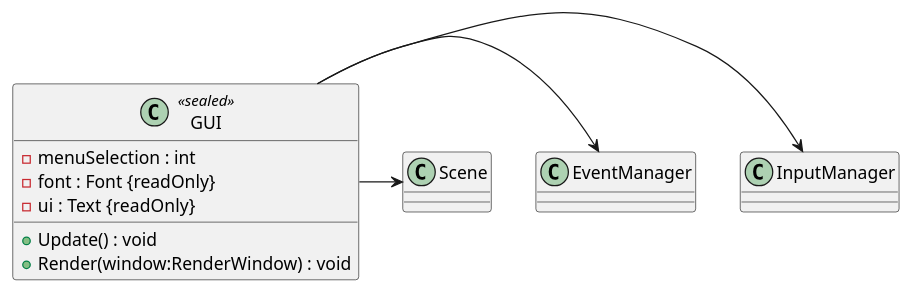
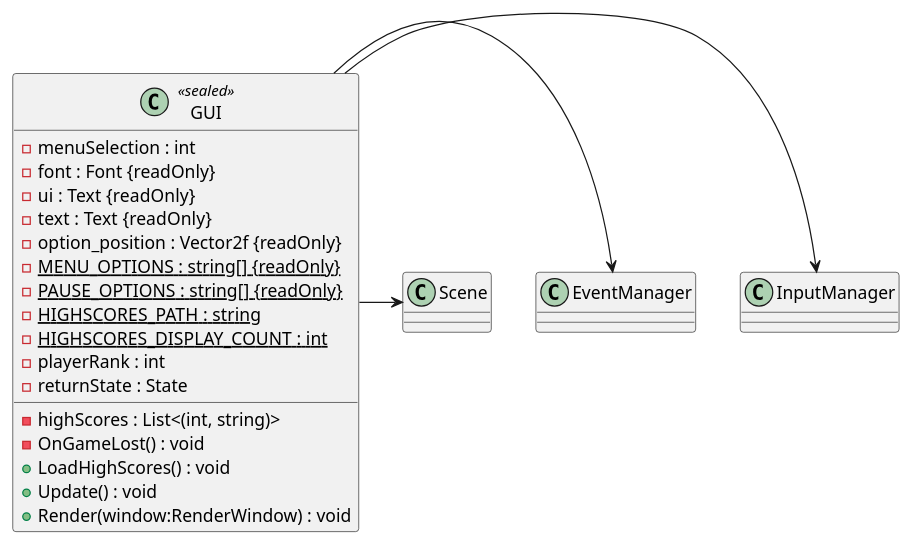
Before and after one commit to Ruby1405/PaceInvaders: the diagram in plantuml/GUI.puml, drawn with PlantUML. The commit also changed 17 other files, not shown here.

Commit message:
touchups and class diagram

```diff
--- a/plantuml/GUI.puml
+++ b/plantuml/GUI.puml
@@ -1,12 +1,23 @@
 @startuml
 class GUI <<sealed>> {
     - menuSelection : int
     - font : Font {readOnly}
     - ui : Text {readOnly}
+    - text : Text {readOnly}
+    - option_position : Vector2f {readOnly}
+    - {static} MENU_OPTIONS : string[] {readOnly}
+    - {static} PAUSE_OPTIONS : string[] {readOnly}
+    - highScores : List<(int, string)>
+    - {static} HIGHSCORES_PATH : string
+    - {static} HIGHSCORES_DISPLAY_COUNT : int
+    - playerRank : int
+    - returnState : State
+    - OnGameLost() : void
+    + LoadHighScores() : void
     + Update() : void
     + Render(window:RenderWindow) : void
 }
 GUI -> InputManager
 GUI -> EventManager
 GUI -> Scene
 @enduml
```
